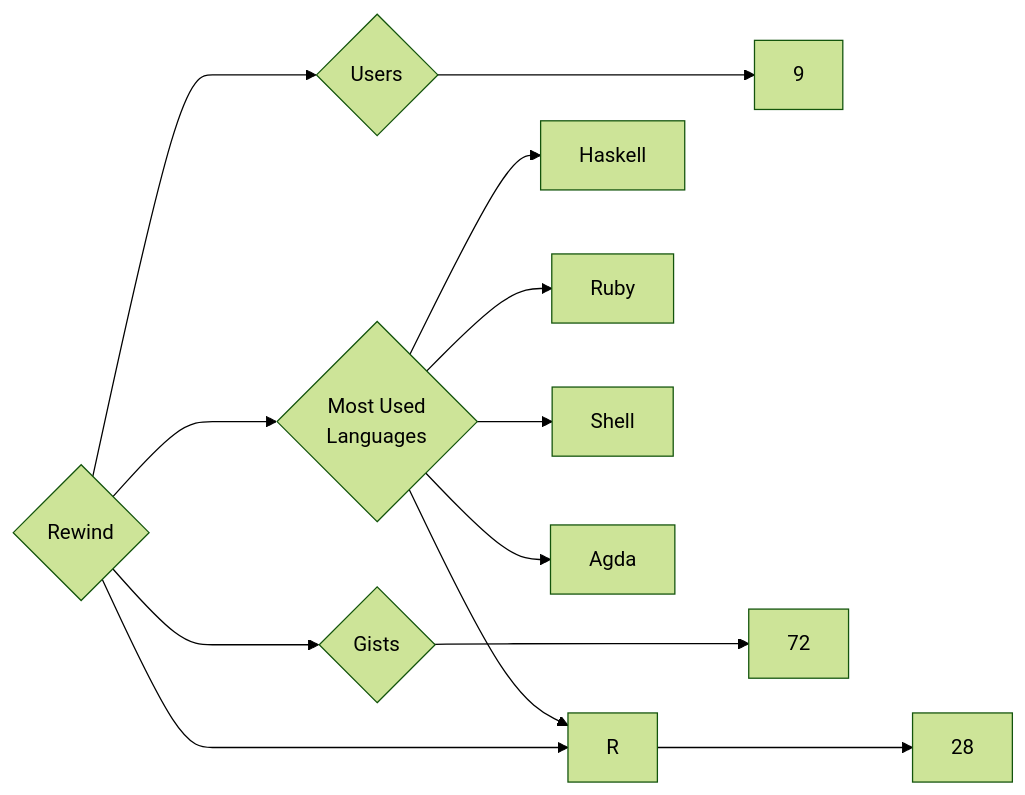
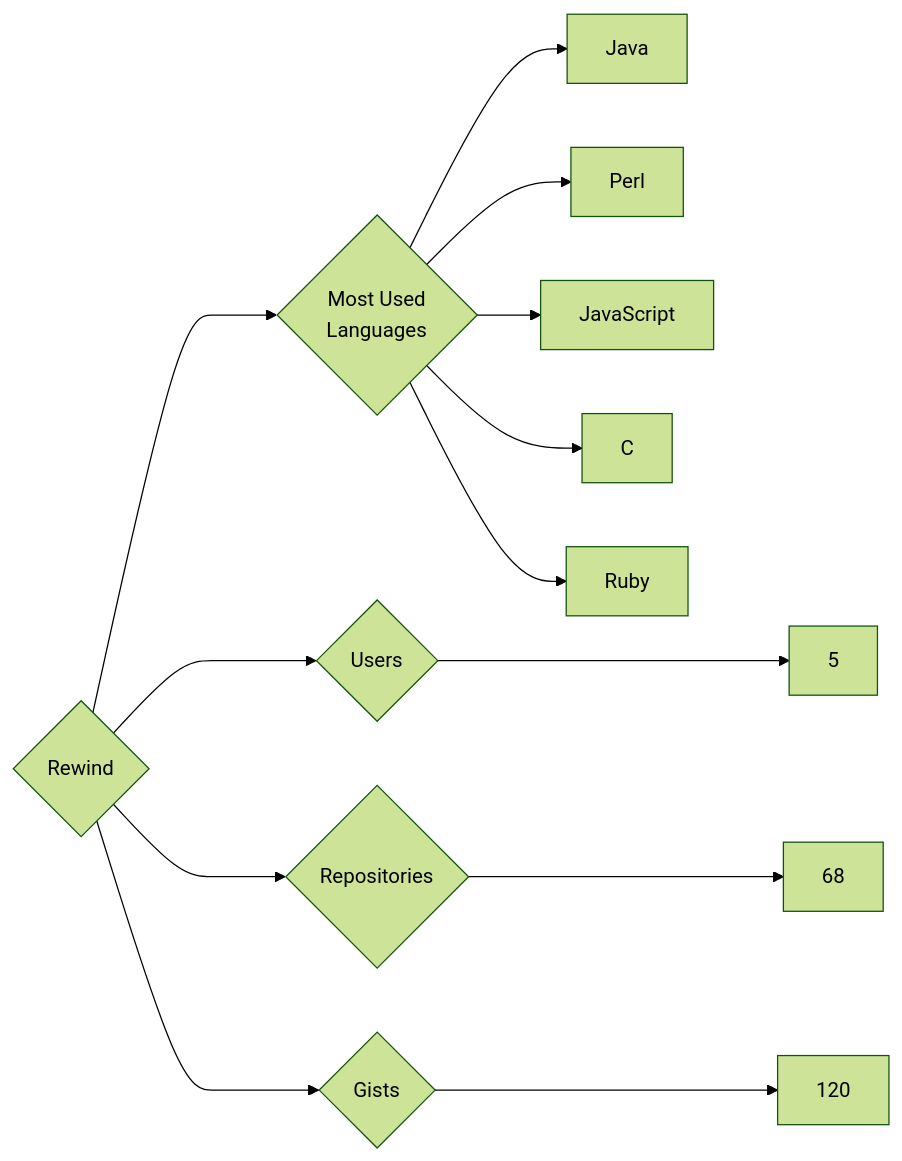
One commit to trickest/insiders changed the diagram in targets/Rewind/README.md. Above: the diagram before and after it, drawn with Mermaid (forest theme). The commit also changed 1508 other files, not shown here.

````diff
--- a/targets/Rewind/README.md
+++ b/targets/Rewind/README.md
@@ -3,13 +3,13 @@
 ```mermaid
 graph LR
 COMPANY_NAME{Rewind}
-COMPANY_NAME ---> U{Users} ---> UN[9]
-COMPANY_NAME ---> R{Repositories} ---> RN[28]
-COMPANY_NAME ---> G{Gists} ---> GN[72]
+COMPANY_NAME ---> U{Users} ---> UN[5]
+COMPANY_NAME ---> R{Repositories} ---> RN[68]
+COMPANY_NAME ---> G{Gists} ---> GN[120]
 COMPANY_NAME ---> ML{Most Used<br>Languages}
-ML --> Haskell[Haskell]
+ML --> Java[Java]
+ML --> Perl[Perl]
+ML --> JavaScript[JavaScript]
+ML --> C[C]
 ML --> Ruby[Ruby]
-ML --> Shell[Shell]
-ML --> Agda[Agda]
-ML --> R[R]
 ```
````
